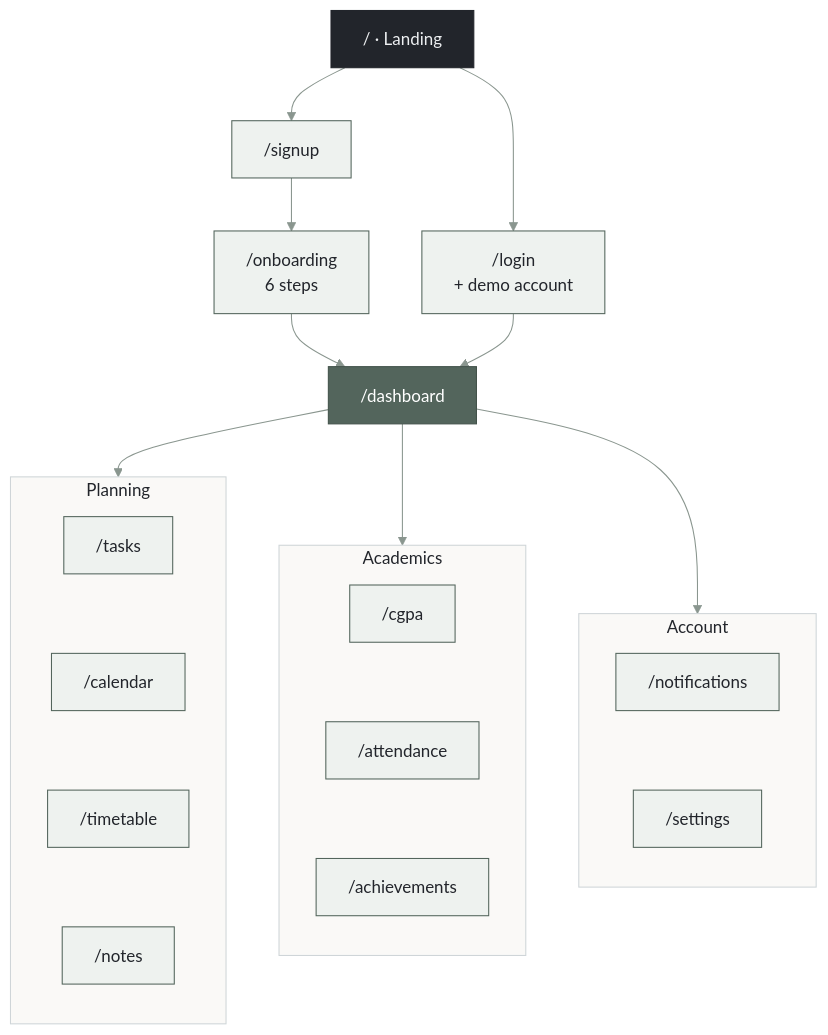
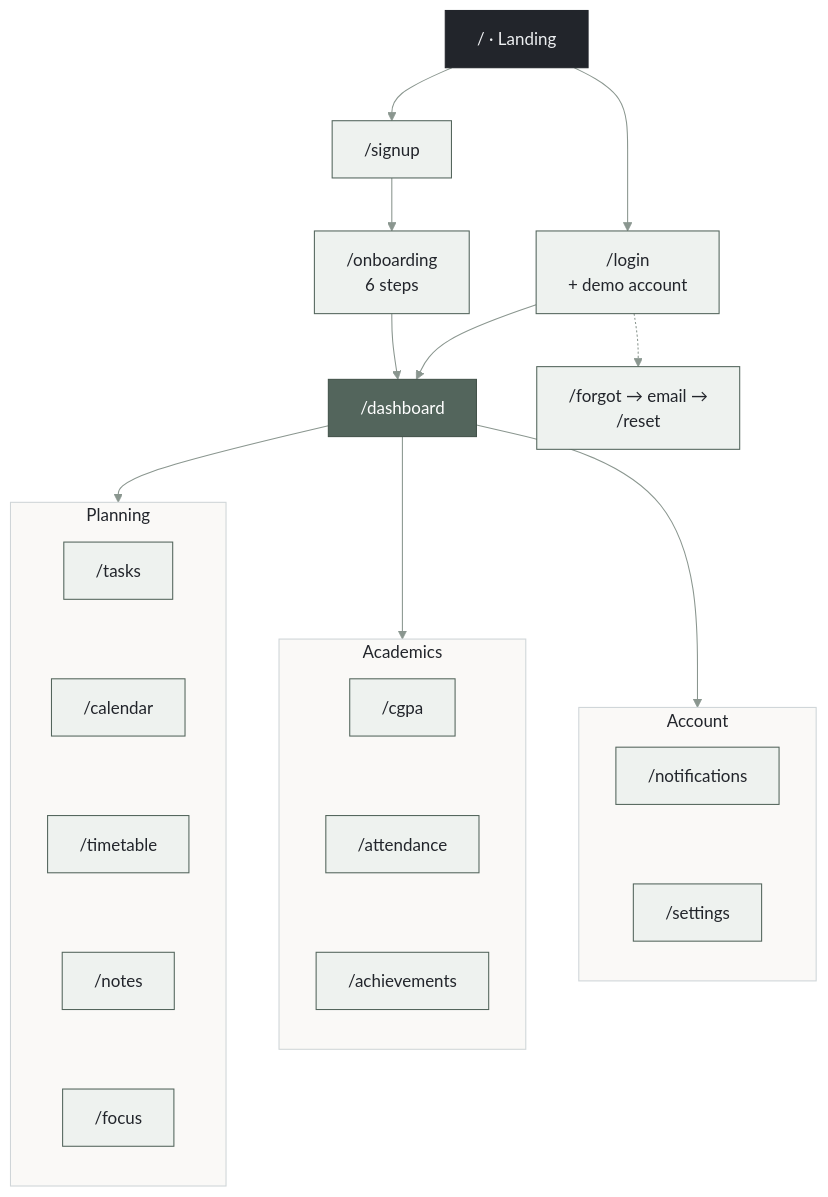
The third of 7 diagrams in README.md (Manan-2007/Synora), drawn with Mermaid before and after one commit. The commit also changed other lines of this file and 45 other files, not shown here.

````diff
--- a/README.md
+++ b/README.md
@@ -328,24 +381,25 @@
 ```mermaid
 %%{init: {"theme": "base", "themeVariables": {"fontFamily": "Inter, -apple-system, Segoe UI, sans-serif", "primaryColor": "#EEF2EF", "primaryTextColor": "#22252B", "primaryBorderColor": "#53655C", "lineColor": "#8A968F", "clusterBkg": "#FAF9F7", "clusterBorder": "#CFD5D8", "titleColor": "#22252B"}}}%%
 flowchart TB
     L["/ · Landing"] --> SU["/signup"] & LI["/login<br/>+ demo account"]
     SU --> OB["/onboarding<br/>6 steps"] --> D
     LI --> D["/dashboard"]
+    LI -.-> FG["/forgot → email →<br/>/reset"]
     D --> PLAN & ACAD & ACC
     subgraph PLAN["Planning"]
         direction TB
-        T["/tasks"] ~~~ C["/calendar"] ~~~ TT["/timetable"] ~~~ N["/notes"]
+        T["/tasks"] ~~~ C["/calendar"] ~~~ TT["/timetable"] ~~~ N["/notes"] ~~~ F["/focus"]
     end
     subgraph ACAD["Academics"]
         direction TB
         G["/cgpa"] ~~~ AT["/attendance"] ~~~ AC["/achievements"]
     end
     subgraph ACC["Account"]
         direction TB
         NO["/notifications"] ~~~ SE["/settings"]
     end
     classDef entry fill:#22252B,stroke:#22252B,color:#EDEFF1
     classDef hub fill:#53655C,stroke:#43524A,color:#FFFFFF
     class L entry
     class D hub
 ```
````
